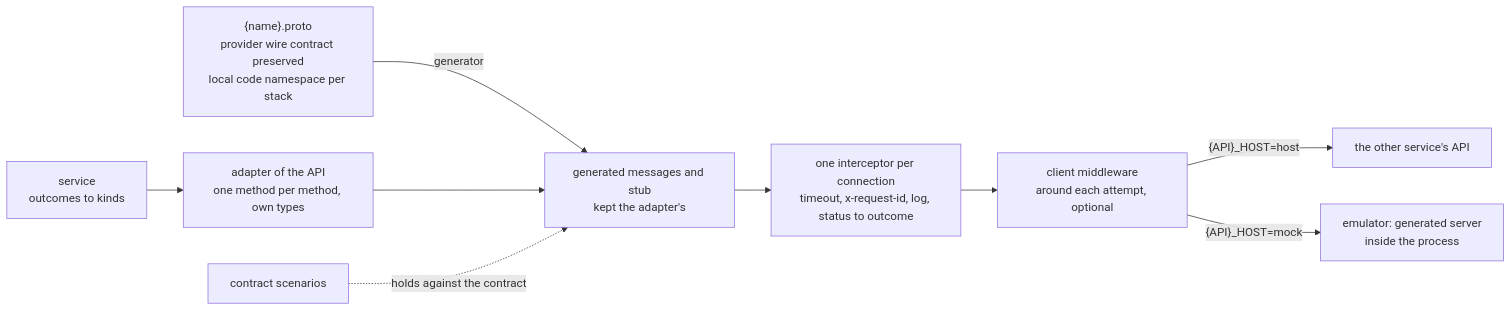
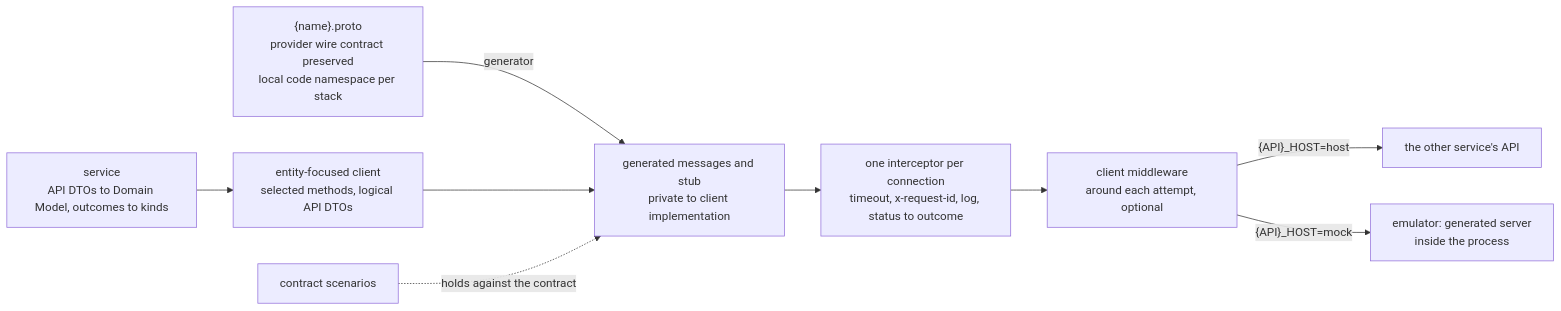
One commit to InsonusK/ai-skills changed the diagram in library/architecture/spec/vp-grpc-client.skill/diagrams/concept.mmd. Above: the diagram before and after it, drawn with Mermaid. The commit also changed 646 other files, not shown here.

Commit message:
refactor: realize client and service boundaries across architecture stacks

```diff
--- a/library/architecture/spec/vp-grpc-client.skill/diagrams/concept.mmd
+++ b/library/architecture/spec/vp-grpc-client.skill/diagrams/concept.mmd
@@ -1,16 +1,16 @@
 flowchart LR
     contract["{name}.proto<br/>provider wire contract preserved<br/>local code namespace per stack"]
-    generated["generated messages and stub<br/>kept the adapter's"]
+    generated["generated messages and stub<br/>private to client implementation"]
     scenario["contract scenarios"]
-    service["service<br/>outcomes to kinds"]
-    adapter["adapter of the API<br/>one method per method, own types"]
+    service["service<br/>API DTOs to Domain Model, outcomes to kinds"]
+    adapter["entity-focused client<br/>selected methods, logical API DTOs"]
     interceptor["one interceptor per connection<br/>timeout, x-request-id, log, status to outcome"]
     middleware["client middleware<br/>around each attempt, optional"]
     api["the other service's API"]
     emulator["emulator: generated server<br/>inside the process"]
 
     contract -- generator --> generated
     service --> adapter --> generated --> interceptor --> middleware
     middleware -- "{API}_HOST=host" --> api
     middleware -- "{API}_HOST=mock" --> emulator
     scenario -. "holds against the contract" .-> generated
```
